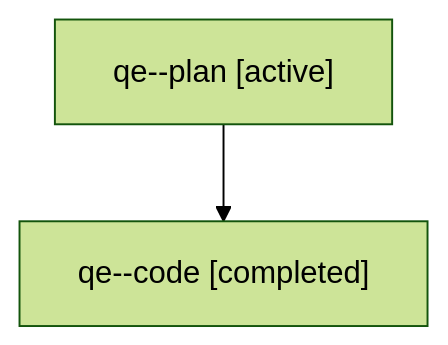
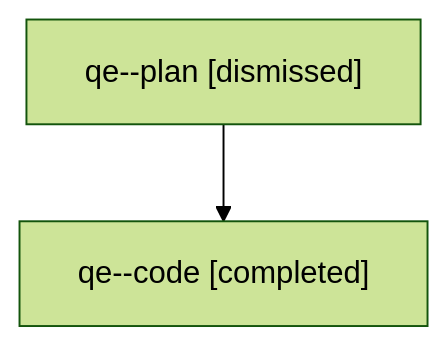
The diagram in sessions/bbugyi200.athena.qe.md (sase-org/sase--agents), drawn with Mermaid (forest theme) before and after one commit. The commit also changed other lines of this file and 36 other files, not shown here.

````diff
--- a/sessions/bbugyi200.athena.qe.md
+++ b/sessions/bbugyi200.athena.qe.md
@@ -9,6 +9,6 @@
 ```mermaid
 flowchart TD
-  n0["qe--plan [active]"]
+  n0["qe--plan [dismissed]"]
   n1["qe--code [completed]"]
   n0 --> n1
 ```
````
